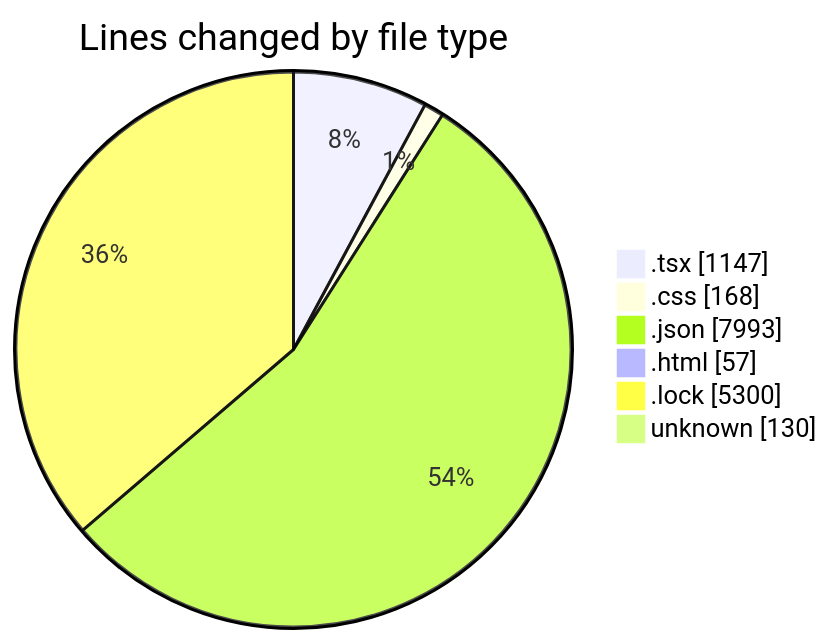
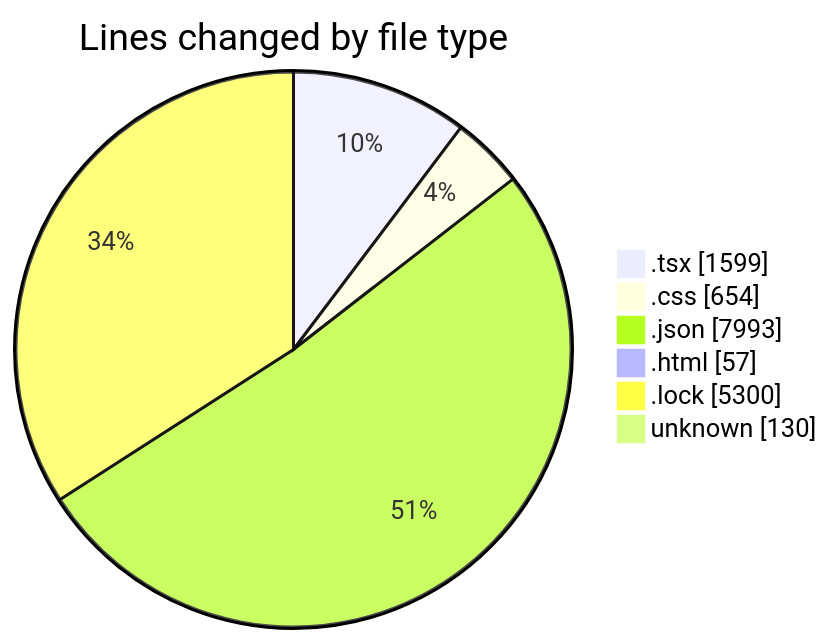
Before and after one commit to EIIisD/code-tracking: the first of 2 diagrams in 2025-08-12/ribbon/README.md, drawn with Mermaid. The commit also changed other lines of this file and 1 other file, not shown here.

````diff
--- a/2025-08-12/ribbon/README.md
+++ b/2025-08-12/ribbon/README.md
@@ -34,10 +35,10 @@
 ```mermaid
 pie showData
 title Lines changed by file type
-".tsx" : 1147
-".css" : 168
+".tsx" : 1599
+".css" : 654
 ".json" : 7993
 ".html" : 57
 ".lock" : 5300
 "unknown" : 130
 ```
````
